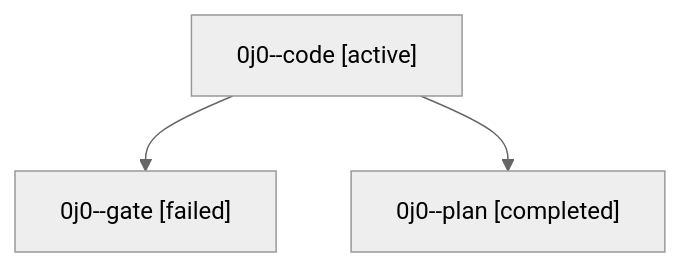
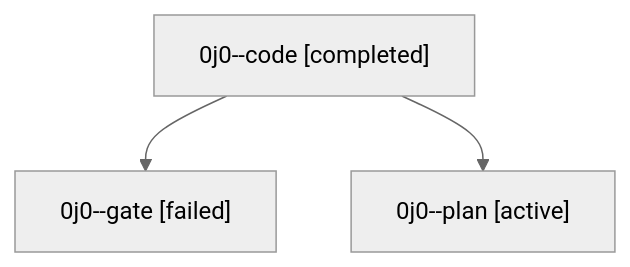
One commit to sase-org/sase--agents changed the diagram in families/bbugyi200.athena.0j0.md. Above: the diagram before and after it, drawn with Mermaid (neutral theme). The commit also changed other lines of this file and 35830 other files, not shown here.

````diff
--- a/families/bbugyi200.athena.0j0.md
+++ b/families/bbugyi200.athena.0j0.md
@@ -9,8 +9,8 @@
 ```mermaid
 flowchart TD
-  n0["0j0--code [active]"]
+  n0["0j0--code [completed]"]
   n1["0j0--gate [failed]"]
   n0 --> n1
-  n2["0j0--plan [completed]"]
+  n2["0j0--plan [active]"]
   n0 --> n2
 ```
````
